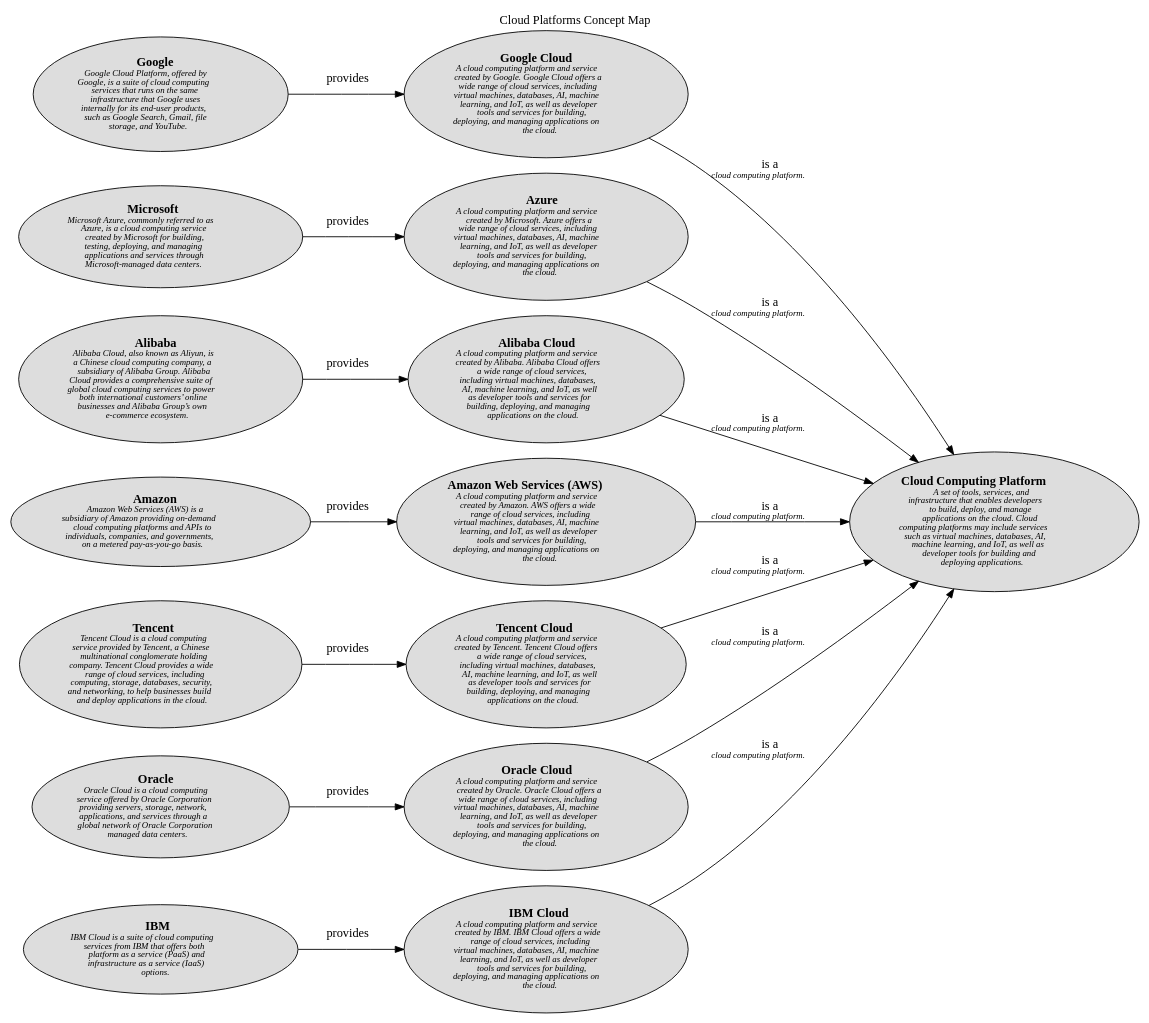
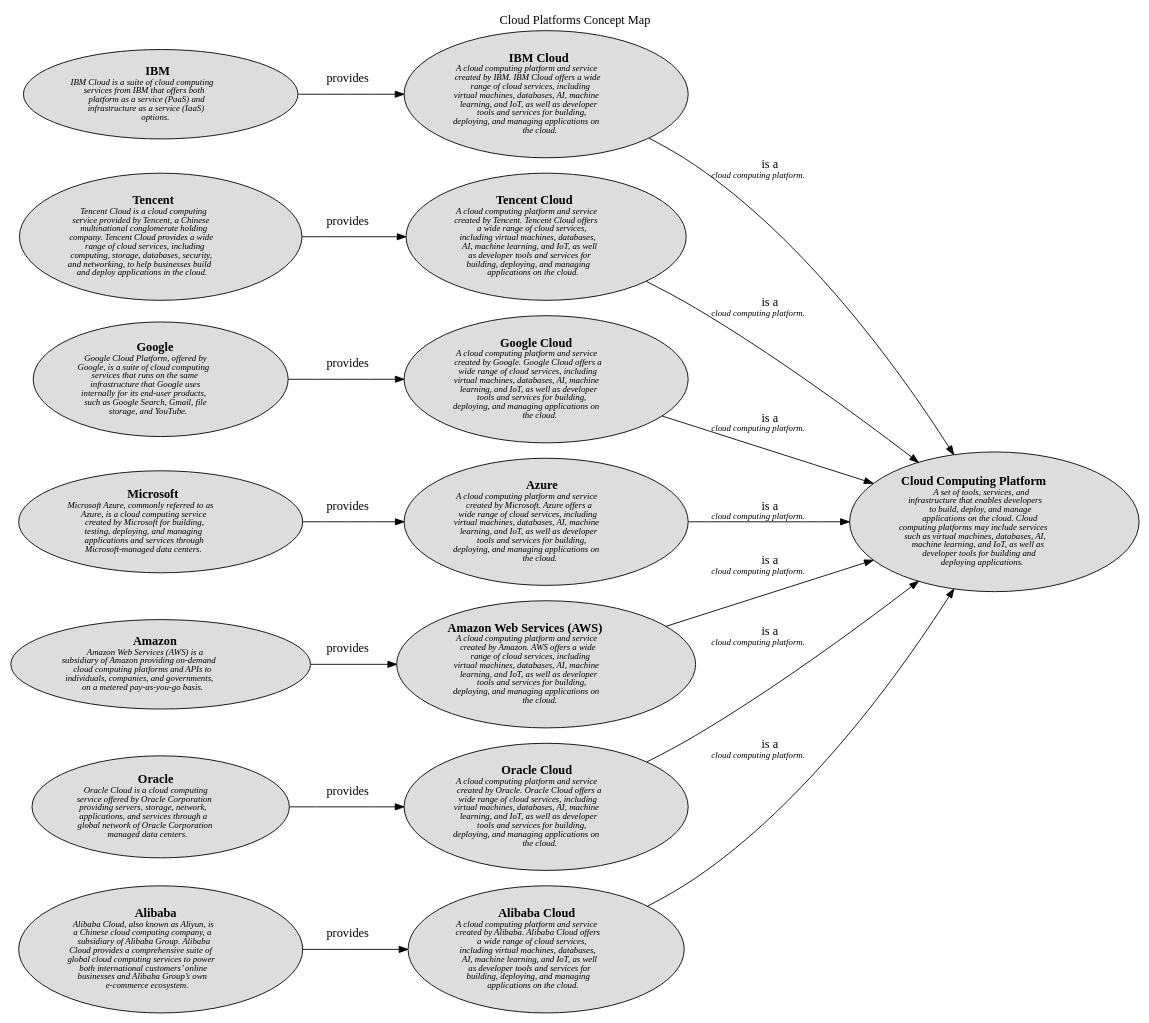
The diagram in docs/software-development/cloud/platform/concept-view.dot (lsolbach/overarch-models), drawn with Graphviz before and after one commit. The commit also changed other lines of this file and 129 other files, not shown here.

```diff
--- a/docs/software-development/cloud/platform/concept-view.dot
+++ b/docs/software-development/cloud/platform/concept-view.dot
@@ -1,40 +1,40 @@
 digraph "Cloud Platforms Concept Map" {
   labelloc= "t"
   label="Cloud Platforms Concept Map"
   rankdir="LR"
 
   layout=dot
-software_development_cloud_platform__ibm_cloud [shape=ellipse style=filled fillcolor="#dddddd" label=<<B>IBM Cloud</B><BR/><FONT POINT-SIZE="10"><I>A cloud computing platform and service<BR/>created by IBM. IBM Cloud offers a wide<BR/>range of cloud services, including<BR/>virtual machines, databases, AI, machine<BR/>learning, and IoT, as well as developer<BR/>tools and services for building,<BR/>deploying, and managing applications on<BR/>the cloud. </I></FONT>>]
 software_development_cloud_provider__ibm [shape=ellipse style=filled fillcolor="#dddddd" label=<<B>IBM</B><BR/><FONT POINT-SIZE="10"><I>IBM Cloud is a suite of cloud computing<BR/>services from IBM that offers both<BR/>platform as a service (PaaS) and<BR/>infrastructure as a service (IaaS)<BR/>options. </I></FONT>>]
 software_development_cloud_provider__tencent [shape=ellipse style=filled fillcolor="#dddddd" label=<<B>Tencent</B><BR/><FONT POINT-SIZE="10"><I>Tencent Cloud is a cloud computing<BR/>service provided by Tencent, a Chinese<BR/>multinational conglomerate holding<BR/>company. Tencent Cloud provides a wide<BR/>range of cloud services, including<BR/>computing, storage, databases, security,<BR/>and networking, to help businesses build<BR/>and deploy applications in the cloud. </I></FONT>>]
 software_development_cloud_provider__google [shape=ellipse style=filled fillcolor="#dddddd" label=<<B>Google</B><BR/><FONT POINT-SIZE="10"><I>Google Cloud Platform, offered by<BR/>Google, is a suite of cloud computing<BR/>services that runs on the same<BR/>infrastructure that Google uses<BR/>internally for its end-user products,<BR/>such as Google Search, Gmail, file<BR/>storage, and YouTube. </I></FONT>>]
+software_development_cloud_platform__tencent_cloud [shape=ellipse style=filled fillcolor="#dddddd" label=<<B>Tencent Cloud</B><BR/><FONT POINT-SIZE="10"><I>A cloud computing platform and service<BR/>created by Tencent. Tencent Cloud offers<BR/>a wide range of cloud services,<BR/>including virtual machines, databases,<BR/>AI, machine learning, and IoT, as well<BR/>as developer tools and services for<BR/>building, deploying, and managing<BR/>applications on the cloud. </I></FONT>>]
 software_development_cloud_platform__google_cloud [shape=ellipse style=filled fillcolor="#dddddd" label=<<B>Google Cloud</B><BR/><FONT POINT-SIZE="10"><I>A cloud computing platform and service<BR/>created by Google. Google Cloud offers a<BR/>wide range of cloud services, including<BR/>virtual machines, databases, AI, machine<BR/>learning, and IoT, as well as developer<BR/>tools and services for building,<BR/>deploying, and managing applications on<BR/>the cloud. </I></FONT>>]
-software_development_cloud_platform__azure [shape=ellipse style=filled fillcolor="#dddddd" label=<<B>Azure</B><BR/><FONT POINT-SIZE="10"><I>A cloud computing platform and service<BR/>created by Microsoft. Azure offers a<BR/>wide range of cloud services, including<BR/>virtual machines, databases, AI, machine<BR/>learning, and IoT, as well as developer<BR/>tools and services for building,<BR/>deploying, and managing applications on<BR/>the cloud. </I></FONT>>]
+software_development_cloud_platform__ibm_cloud [shape=ellipse style=filled fillcolor="#dddddd" label=<<B>IBM Cloud</B><BR/><FONT POINT-SIZE="10"><I>A cloud computing platform and service<BR/>created by IBM. IBM Cloud offers a wide<BR/>range of cloud services, including<BR/>virtual machines, databases, AI, machine<BR/>learning, and IoT, as well as developer<BR/>tools and services for building,<BR/>deploying, and managing applications on<BR/>the cloud. </I></FONT>>]
 software_development_cloud_provider__amazon [shape=ellipse style=filled fillcolor="#dddddd" label=<<B>Amazon</B><BR/><FONT POINT-SIZE="10"><I>Amazon Web Services (AWS) is a<BR/>subsidiary of Amazon providing on-demand<BR/>cloud computing platforms and APIs to<BR/>individuals, companies, and governments,<BR/>on a metered pay-as-you-go basis. </I></FONT>>]
 software_development_cloud__cloud_computing_platform [shape=ellipse style=filled fillcolor="#dddddd" label=<<B>Cloud Computing Platform</B><BR/><FONT POINT-SIZE="10"><I>A set of tools, services, and<BR/>infrastructure that enables developers<BR/>to build, deploy, and manage<BR/>applications on the cloud. Cloud<BR/>computing platforms may include services<BR/>such as virtual machines, databases, AI,<BR/>machine learning, and IoT, as well as<BR/>developer tools for building and<BR/>deploying applications. </I></FONT>>]
 software_development_cloud_provider__oracle [shape=ellipse style=filled fillcolor="#dddddd" label=<<B>Oracle</B><BR/><FONT POINT-SIZE="10"><I>Oracle Cloud is a cloud computing<BR/>service offered by Oracle Corporation<BR/>providing servers, storage, network,<BR/>applications, and services through a<BR/>global network of Oracle Corporation<BR/>managed data centers. </I></FONT>>]
+software_development_cloud_platform__azure [shape=ellipse style=filled fillcolor="#dddddd" label=<<B>Azure</B><BR/><FONT POINT-SIZE="10"><I>A cloud computing platform and service<BR/>created by Microsoft. Azure offers a<BR/>wide range of cloud services, including<BR/>virtual machines, databases, AI, machine<BR/>learning, and IoT, as well as developer<BR/>tools and services for building,<BR/>deploying, and managing applications on<BR/>the cloud. </I></FONT>>]
 software_development_cloud_provider__microsoft [shape=ellipse style=filled fillcolor="#dddddd" label=<<B>Microsoft</B><BR/><FONT POINT-SIZE="10"><I>Microsoft Azure, commonly referred to as<BR/>Azure, is a cloud computing service<BR/>created by Microsoft for building,<BR/>testing, deploying, and managing<BR/>applications and services through<BR/>Microsoft-managed data centers. </I></FONT>>]
 software_development_cloud_provider__alibaba [shape=ellipse style=filled fillcolor="#dddddd" label=<<B>Alibaba</B><BR/><FONT POINT-SIZE="10"><I>Alibaba Cloud, also known as Aliyun, is<BR/>a Chinese cloud computing company, a<BR/>subsidiary of Alibaba Group. Alibaba<BR/>Cloud provides a comprehensive suite of<BR/>global cloud computing services to power<BR/>both international customers’ online<BR/>businesses and Alibaba Group’s own<BR/>e-commerce ecosystem. </I></FONT>>]
+software_development_cloud_platform__aws [shape=ellipse style=filled fillcolor="#dddddd" label=<<B>Amazon Web Services (AWS)</B><BR/><FONT POINT-SIZE="10"><I>A cloud computing platform and service<BR/>created by Amazon. AWS offers a wide<BR/>range of cloud services, including<BR/>virtual machines, databases, AI, machine<BR/>learning, and IoT, as well as developer<BR/>tools and services for building,<BR/>deploying, and managing applications on<BR/>the cloud. </I></FONT>>]
+software_development_cloud_platform__oracle_cloud [shape=ellipse style=filled fillcolor="#dddddd" label=<<B>Oracle Cloud</B><BR/><FONT POINT-SIZE="10"><I>A cloud computing platform and service<BR/>created by Oracle. Oracle Cloud offers a<BR/>wide range of cloud services, including<BR/>virtual machines, databases, AI, machine<BR/>learning, and IoT, as well as developer<BR/>tools and services for building,<BR/>deploying, and managing applications on<BR/>the cloud. </I></FONT>>]
 software_development_cloud_platform__alibaba_cloud [shape=ellipse style=filled fillcolor="#dddddd" label=<<B>Alibaba Cloud</B><BR/><FONT POINT-SIZE="10"><I>A cloud computing platform and service<BR/>created by Alibaba. Alibaba Cloud offers<BR/>a wide range of cloud services,<BR/>including virtual machines, databases,<BR/>AI, machine learning, and IoT, as well<BR/>as developer tools and services for<BR/>building, deploying, and managing<BR/>applications on the cloud. </I></FONT>>]
-software_development_cloud_platform__aws [shape=ellipse style=filled fillcolor="#dddddd" label=<<B>Amazon Web Services (AWS)</B><BR/><FONT POINT-SIZE="10"><I>A cloud computing platform and service<BR/>created by Amazon. AWS offers a wide<BR/>range of cloud services, including<BR/>virtual machines, databases, AI, machine<BR/>learning, and IoT, as well as developer<BR/>tools and services for building,<BR/>deploying, and managing applications on<BR/>the cloud. </I></FONT>>]
-software_development_cloud_platform__tencent_cloud [shape=ellipse style=filled fillcolor="#dddddd" label=<<B>Tencent Cloud</B><BR/><FONT POINT-SIZE="10"><I>A cloud computing platform and service<BR/>created by Tencent. Tencent Cloud offers<BR/>a wide range of cloud services,<BR/>including virtual machines, databases,<BR/>AI, machine learning, and IoT, as well<BR/>as developer tools and services for<BR/>building, deploying, and managing<BR/>applications on the cloud. </I></FONT>>]
-software_development_cloud_platform__oracle_cloud [shape=ellipse style=filled fillcolor="#dddddd" label=<<B>Oracle Cloud</B><BR/><FONT POINT-SIZE="10"><I>A cloud computing platform and service<BR/>created by Oracle. Oracle Cloud offers a<BR/>wide range of cloud services, including<BR/>virtual machines, databases, AI, machine<BR/>learning, and IoT, as well as developer<BR/>tools and services for building,<BR/>deploying, and managing applications on<BR/>the cloud. </I></FONT>>]
  
 software_development_cloud_platform__ibm_cloud -> software_development_cloud__cloud_computing_platform [label=<is a<BR/><FONT POINT-SIZE="10"><I>cloud computing platform. </I></FONT>>]
 software_development_cloud_platform__alibaba_cloud -> software_development_cloud__cloud_computing_platform [label=<is a<BR/><FONT POINT-SIZE="10"><I>cloud computing platform. </I></FONT>>]
 software_development_cloud_provider__alibaba -> software_development_cloud_platform__alibaba_cloud [label=<provides<BR/><FONT POINT-SIZE="10"><I> </I></FONT>>]
 software_development_cloud_platform__oracle_cloud -> software_development_cloud__cloud_computing_platform [label=<is a<BR/><FONT POINT-SIZE="10"><I>cloud computing platform. </I></FONT>>]
 software_development_cloud_provider__ibm -> software_development_cloud_platform__ibm_cloud [label=<provides<BR/><FONT POINT-SIZE="10"><I> </I></FONT>>]
 software_development_cloud_provider__oracle -> software_development_cloud_platform__oracle_cloud [label=<provides<BR/><FONT POINT-SIZE="10"><I> </I></FONT>>]
 software_development_cloud_platform__google_cloud -> software_development_cloud__cloud_computing_platform [label=<is a<BR/><FONT POINT-SIZE="10"><I>cloud computing platform. </I></FONT>>]
 software_development_cloud_provider__amazon -> software_development_cloud_platform__aws [label=<provides<BR/><FONT POINT-SIZE="10"><I> </I></FONT>>]
 software_development_cloud_platform__azure -> software_development_cloud__cloud_computing_platform [label=<is a<BR/><FONT POINT-SIZE="10"><I>cloud computing platform. </I></FONT>>]
 software_development_cloud_platform__tencent_cloud -> software_development_cloud__cloud_computing_platform [label=<is a<BR/><FONT POINT-SIZE="10"><I>cloud computing platform. </I></FONT>>]
 software_development_cloud_provider__microsoft -> software_development_cloud_platform__azure [label=<provides<BR/><FONT POINT-SIZE="10"><I> </I></FONT>>]
 software_development_cloud_provider__tencent -> software_development_cloud_platform__tencent_cloud [label=<provides<BR/><FONT POINT-SIZE="10"><I> </I></FONT>>]
 software_development_cloud_platform__aws -> software_development_cloud__cloud_computing_platform [label=<is a<BR/><FONT POINT-SIZE="10"><I>cloud computing platform. </I></FONT>>]
 software_development_cloud_provider__google -> software_development_cloud_platform__google_cloud [label=<provides<BR/><FONT POINT-SIZE="10"><I> </I></FONT>>]
  
 }
 
 // (generated by Overarch with template views/view.dot.cmb)
```
